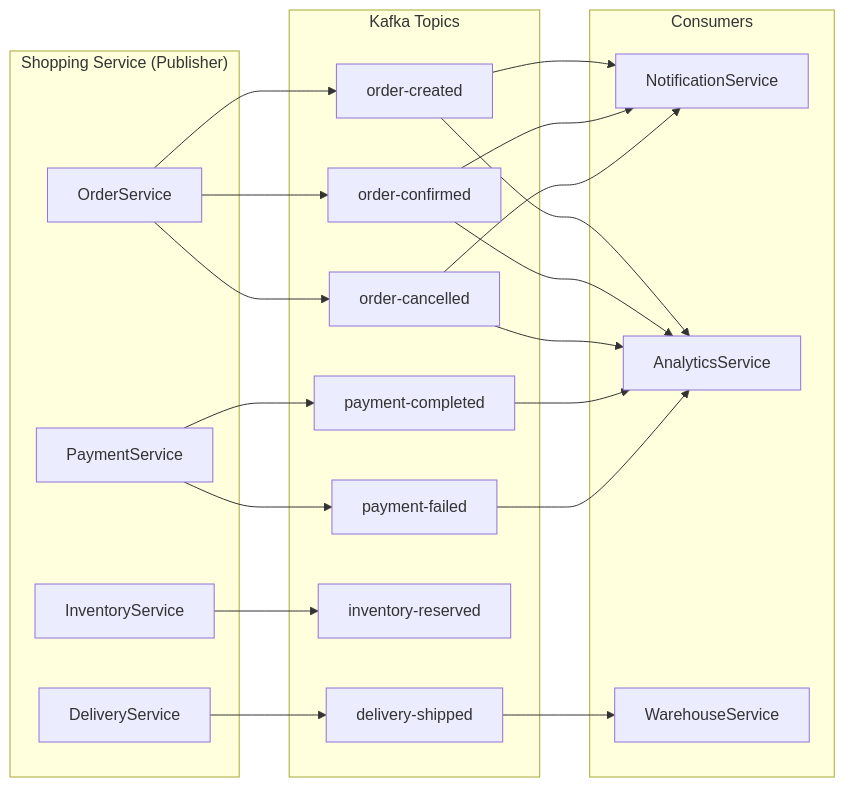
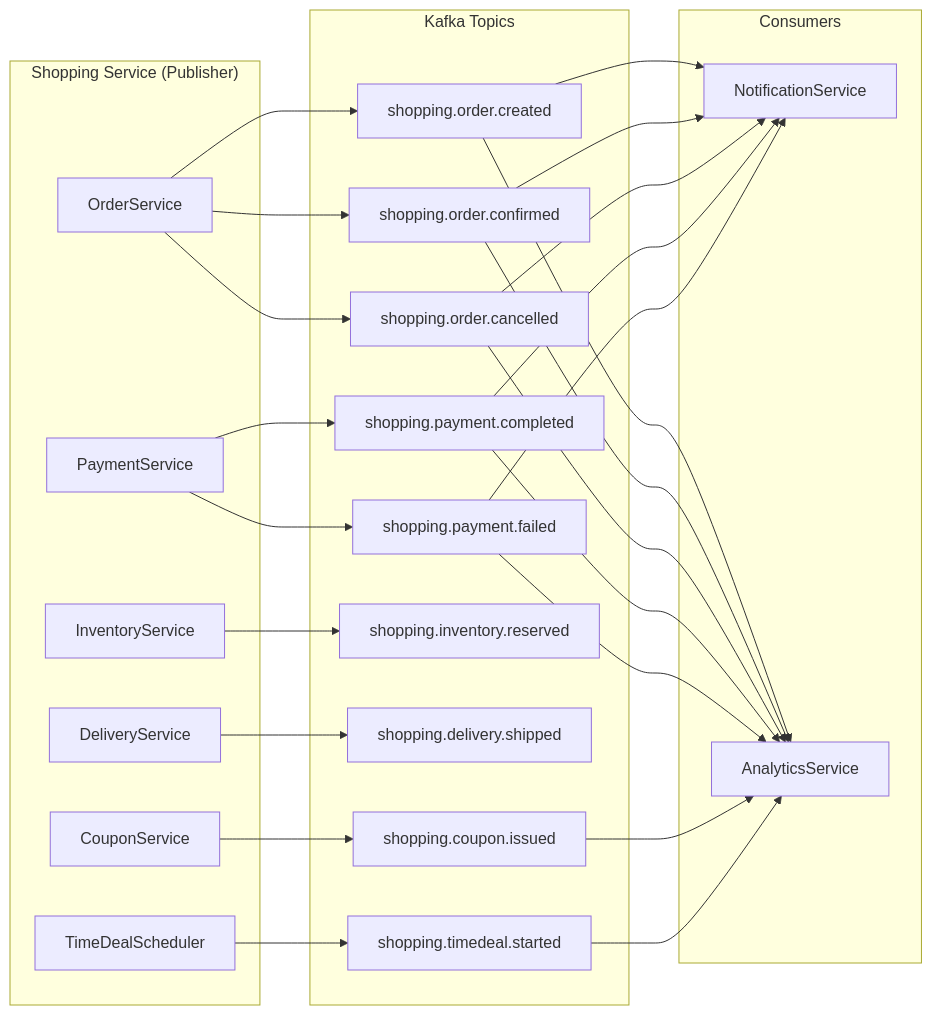
Before and after one commit to L-a-z-e/portal-universe: diagram 11 of 13 in docs/architecture/shopping-service/data-flow.md, drawn with Mermaid. The commit also changed other lines of this file and 11 other files, not shown here.

First line of the commit message:
docs(architecture): rewrite shopping-service docs to match actual codebase

````diff
--- a/docs/architecture/shopping-service/data-flow.md
+++ b/docs/architecture/shopping-service/data-flow.md
@@ -329,37 +469,38 @@
 ```mermaid
 graph LR
     subgraph "Shopping Service (Publisher)"
         OS[OrderService]
         PS[PaymentService]
         IS[InventoryService]
         DS[DeliveryService]
+        CS[CouponService]
+        TS[TimeDealScheduler]
     end
 
     subgraph "Kafka Topics"
-        T1[order-created]
-        T2[order-confirmed]
-        T3[order-cancelled]
-        T4[payment-completed]
-        T5[payment-failed]
-        T6[inventory-reserved]
-        T7[delivery-shipped]
+        T1[shopping.order.created]
+        T2[shopping.order.confirmed]
+        T3[shopping.order.cancelled]
+        T4[shopping.payment.completed]
+        T5[shopping.payment.failed]
+        T6[shopping.inventory.reserved]
+        T7[shopping.delivery.shipped]
+        T8[shopping.coupon.issued]
+        T9[shopping.timedeal.started]
     end
 
     subgraph "Consumers"
         NS[NotificationService]
         AS[AnalyticsService]
-        WH[WarehouseService]
     end
 
-    OS --> T1
-    OS --> T2
-    OS --> T3
-    PS --> T4
-    PS --> T5
+    OS --> T1 & T2 & T3
+    PS --> T4 & T5
     IS --> T6
     DS --> T7
+    CS --> T8
+    TS --> T9
 
-    T1 & T2 & T3 --> NS
-    T1 & T2 & T3 & T4 & T5 --> AS
-    T7 --> WH
+    T1 & T2 & T3 & T4 & T5 --> NS
+    T1 & T2 & T3 & T4 & T5 & T8 & T9 --> AS
 ```
````
